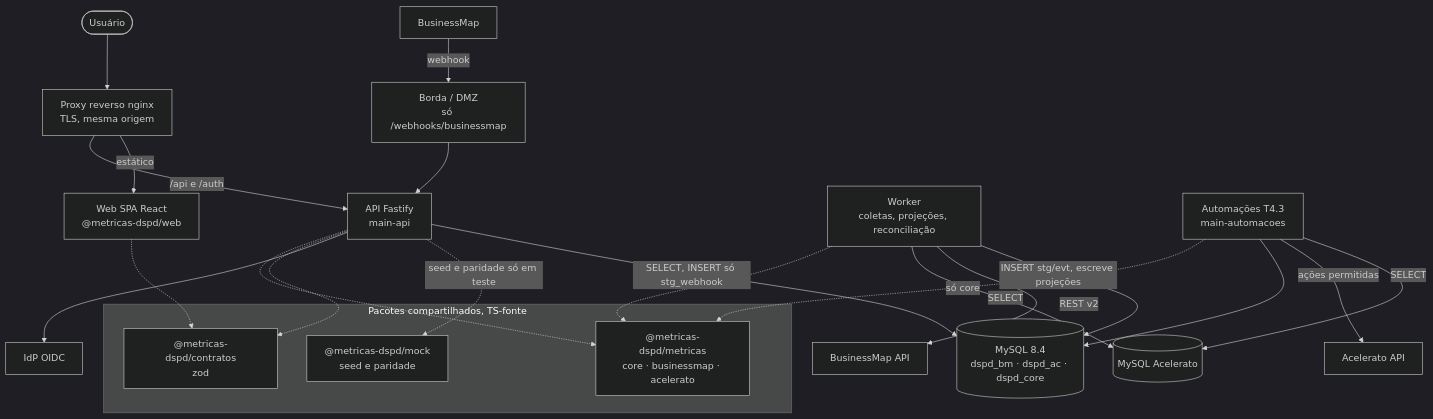
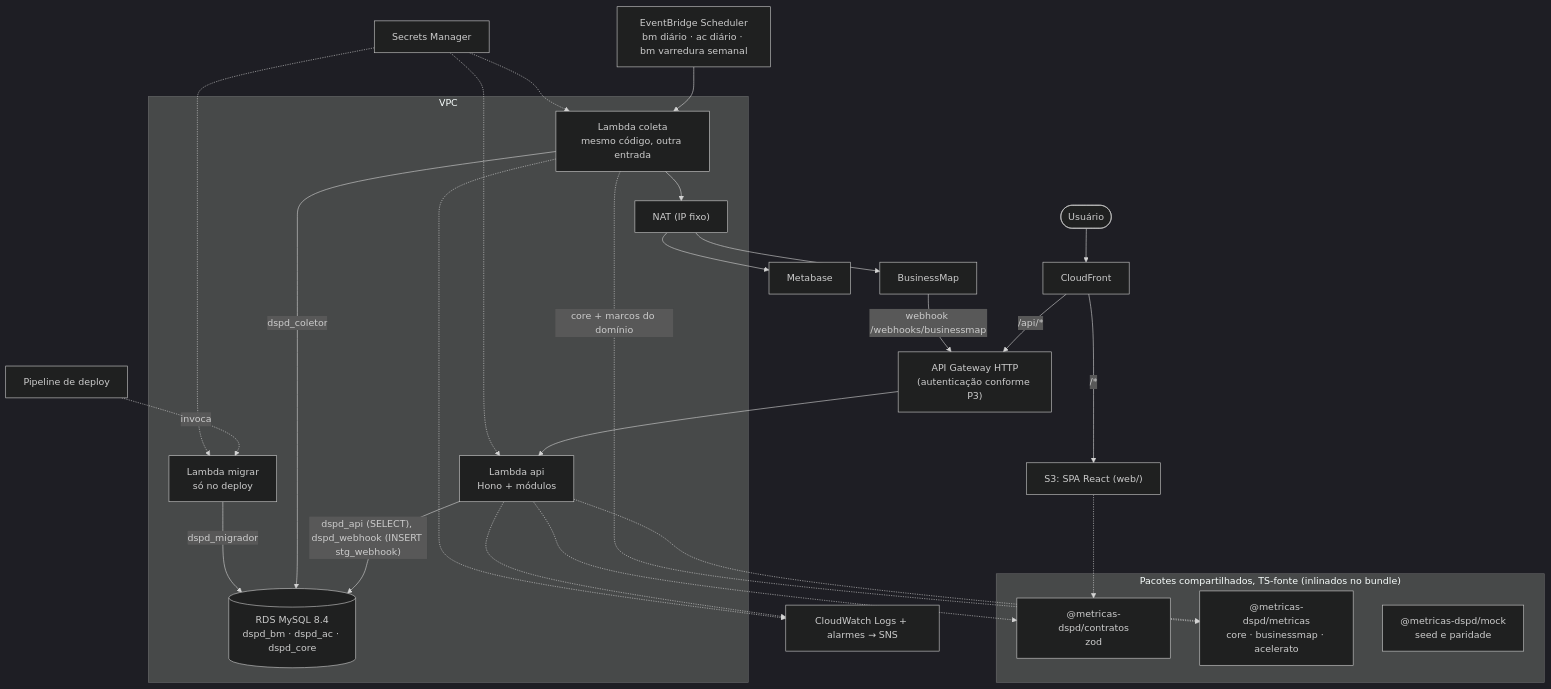
Before and after one commit to rodrigo-isensee/MetricasDSPD: the second of 4 diagrams in docs/architecture/overview.md, drawn with Mermaid (dark theme). The commit also changed other lines of this file and 17 other files, not shown here.

````diff
--- a/docs/architecture/overview.md
+++ b/docs/architecture/overview.md
@@ -25,27 +32,32 @@
 ```mermaid
 flowchart TB
-  user([Usuário]) --> proxy[Proxy reverso nginx<br/>TLS, mesma origem]
-  bmh[BusinessMap] -->|webhook| borda["Borda / DMZ<br/>só /webhooks/businessmap"]
-  borda --> api
-  proxy -->|"estático"| web["Web SPA React<br/>@metricas-dspd/web"]
-  proxy -->|"/api e /auth"| api["API Fastify<br/>main-api"]
-  api -->|"SELECT, INSERT só stg_webhook"| db[("MySQL 8.4<br/>dspd_bm · dspd_ac · dspd_core")]
-  api -.->|"seed e paridade só em teste"| mock
-  worker[Worker<br/>coletas, projeções, reconciliação] -->|INSERT stg/evt, escreve projeções| db
-  worker -->|REST v2| bm2[BusinessMap API]
-  worker -->|SELECT| acdb[(MySQL Acelerato)]
-  auto[Automações T4.3<br/>main-automacoes] -->|SELECT| acdb
-  auto -->|ações permitidas| acapi[Acelerato API]
-  auto --> db
-  api --> idp[IdP OIDC]
-  subgraph pacotes [Pacotes compartilhados, TS-fonte]
+  user(["Usuário"]) --> cf["CloudFront"]
+  cf -->|"/*"| s3["S3: SPA React (web/)"]
+  cf -->|"/api/*"| gw["API Gateway HTTP<br/>(autenticação conforme P3)"]
+  bmext["BusinessMap"] -->|"webhook /webhooks/businessmap"| gw
+  gw --> api["Lambda api<br/>Hono + módulos"]
+  sched["EventBridge Scheduler<br/>bm diário · ac diário · bm varredura semanal"] --> col["Lambda coleta<br/>mesmo código, outra entrada"]
+  pipe["Pipeline de deploy"] -.->|invoca| mig["Lambda migrar<br/>só no deploy"]
+  subgraph vpc["VPC"]
+    api -->|"dspd_api (SELECT), dspd_webhook (INSERT stg_webhook)"| db[("RDS MySQL 8.4<br/>dspd_bm · dspd_ac · dspd_core")]
+    col -->|dspd_coletor| db
+    mig -->|dspd_migrador| db
+    col --> nat["NAT (IP fixo)"]
+  end
+  nat --> bmext
+  nat --> mb["Metabase"]
+  sm["Secrets Manager"] -.-> api
+  sm -.-> col
+  sm -.-> mig
+  api -.-> cw["CloudWatch Logs + alarmes → SNS"]
+  col -.-> cw
+  subgraph pacotes ["Pacotes compartilhados, TS-fonte (inlinados no bundle)"]
     contratos["@metricas-dspd/contratos<br/>zod"]
     metricas["@metricas-dspd/metricas<br/>core · businessmap · acelerato"]
     mock["@metricas-dspd/mock<br/>seed e paridade"]
   end
-  web -.-> contratos
+  s3 -.-> contratos
   api -.-> contratos
   api -.-> metricas
-  worker -.-> metricas
-  auto -.->|só core| metricas
+  col -.->|"core + marcos do domínio"| metricas
 ```
````
